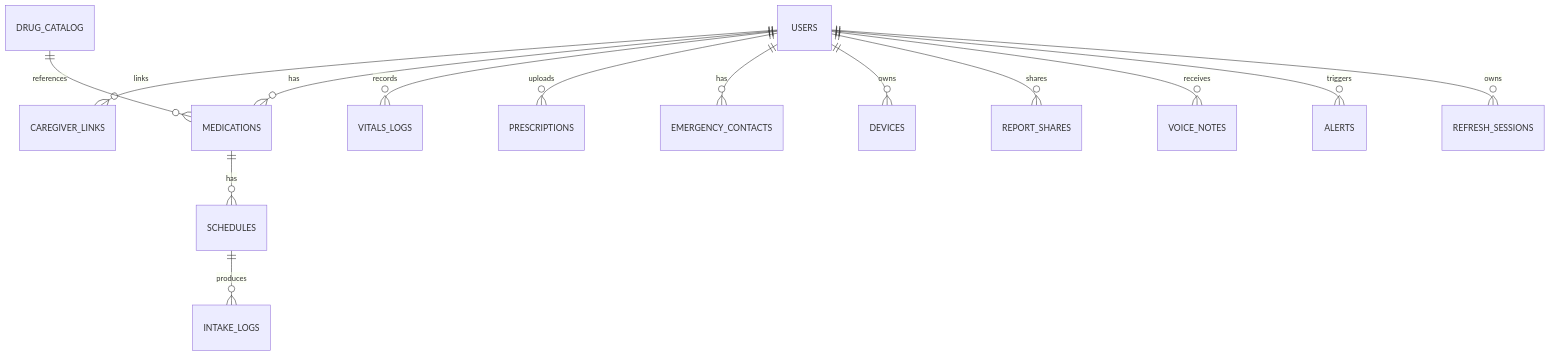
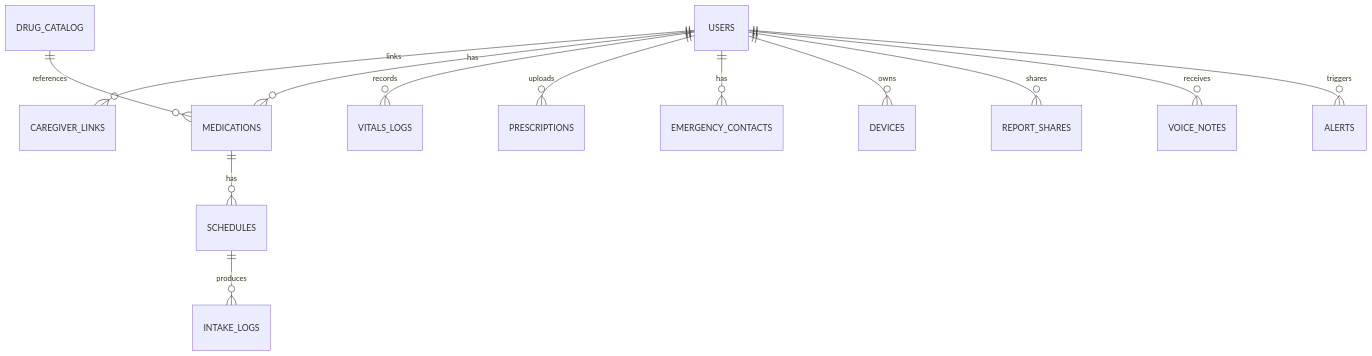
Before and after one commit to Youseefee/Medliva: the diagram in docs/DATABASE.md, drawn with Mermaid. The commit also changed other lines of this file and 171 other files, not shown here.

````diff
--- a/docs/DATABASE.md
+++ b/docs/DATABASE.md
@@ -6,16 +6,15 @@
 ```mermaid
 erDiagram
   USERS ||--o{ CAREGIVER_LINKS : links
   USERS ||--o{ MEDICATIONS : has
   MEDICATIONS ||--o{ SCHEDULES : has
   SCHEDULES ||--o{ INTAKE_LOGS : produces
   USERS ||--o{ VITALS_LOGS : records
   USERS ||--o{ PRESCRIPTIONS : uploads
   USERS ||--o{ EMERGENCY_CONTACTS : has
   USERS ||--o{ DEVICES : owns
   USERS ||--o{ REPORT_SHARES : shares
   USERS ||--o{ VOICE_NOTES : receives
   USERS ||--o{ ALERTS : triggers
-  USERS ||--o{ REFRESH_SESSIONS : owns
   DRUG_CATALOG ||--o{ MEDICATIONS : references
 ```
````
